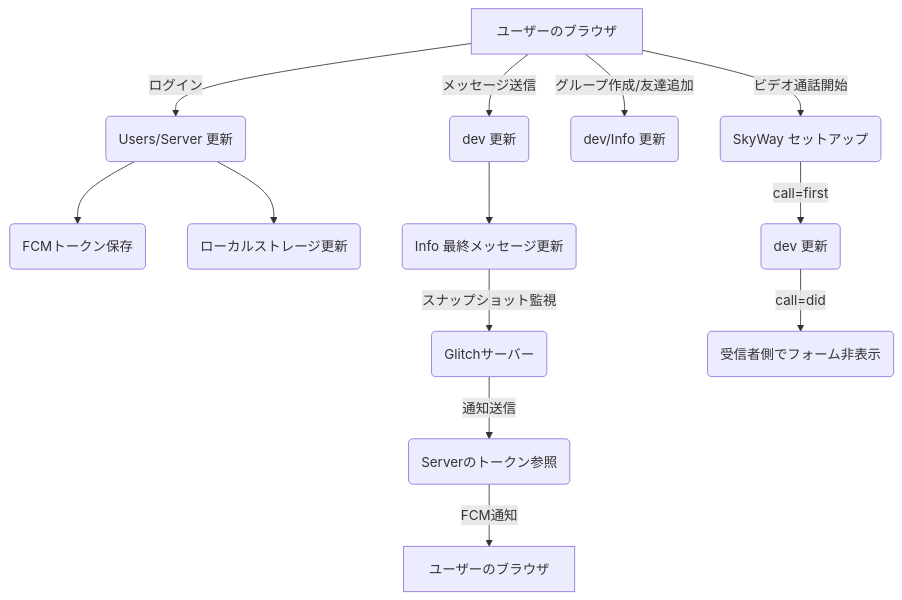
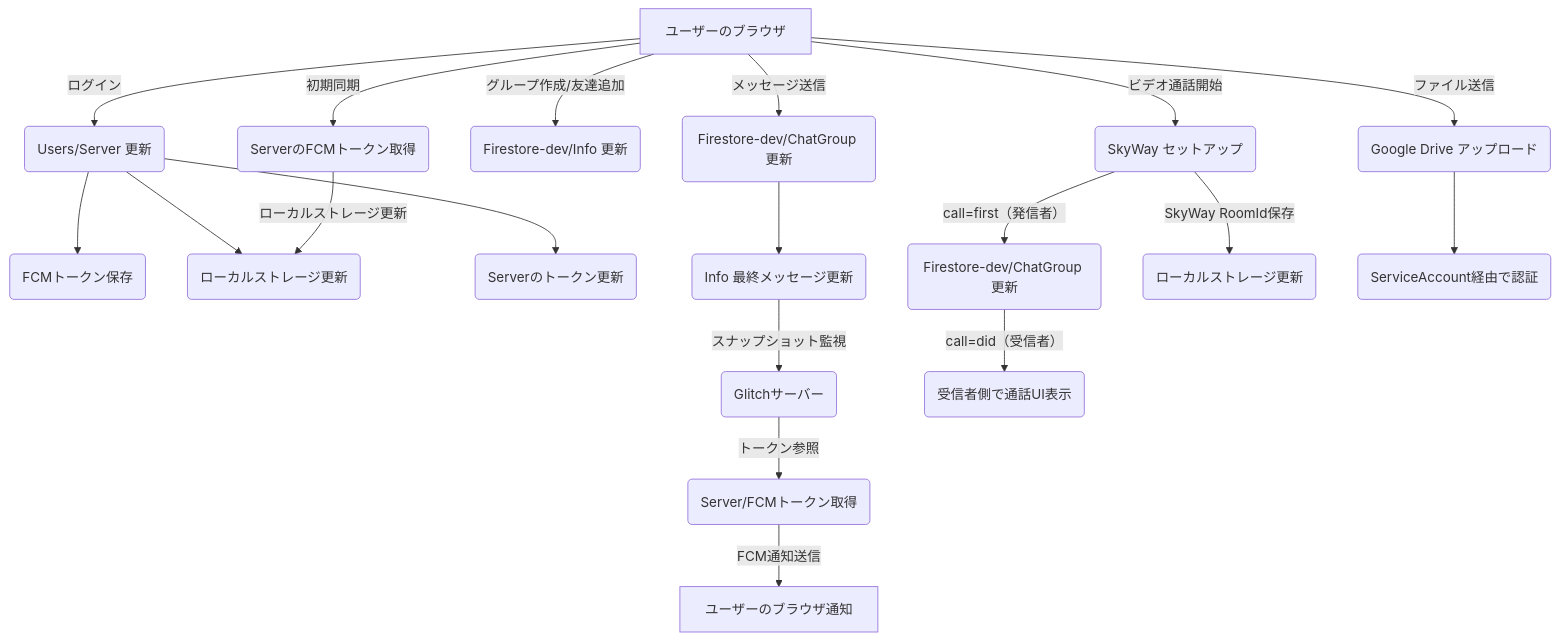
Before and after one commit to isd-glitch/Ventus-Talk: the second of 5 diagrams in README.md, drawn with Mermaid.

````diff
--- a/README.md
+++ b/README.md
@@ -93,19 +93,34 @@
 ```mermaid
 flowchart TD
+    %% ログイン処理
     A[ユーザーのブラウザ] -->|ログイン| B(Users/Server 更新)
     B --> C(FCMトークン保存)
     B --> D(ローカルストレージ更新)
+    B --> E(Serverのトークン更新)
     
-    A -->|メッセージ送信| E(dev 更新)
-    E --> F(Info 最終メッセージ更新)
+    %% メッセージ送信処理
+    A -->|メッセージ送信| F(Firestore-dev/ChatGroup 更新)
+    F --> G(Info 最終メッセージ更新)
     
-    A -->|グループ作成/友達追加| G(dev/Info 更新)
+    %% グループ作成・友達追加処理
+    A -->|グループ作成/友達追加| H(Firestore-dev/Info 更新)
     
-    F -->|スナップショット監視| H(Glitchサーバー)
-    H -->|通知送信| I(Serverのトークン参照)
-    I -->|FCM通知| J[ユーザーのブラウザ]
+    %% 通知処理
+    G -->|スナップショット監視| I(Glitchサーバー)
+    I -->|トークン参照| J(Server/FCMトークン取得)
+    J -->|FCM通知送信| K[ユーザーのブラウザ通知]
 
-    A -->|ビデオ通話開始| K(SkyWay セットアップ)
-    K -->|call=first| L(dev 更新)
-    L -->|call=did| M(受信者側でフォーム非表示)
+    %% ビデオ通話処理
+    A -->|ビデオ通話開始| L(SkyWay セットアップ)
+    L -->|call=first（発信者）| M(Firestore-dev/ChatGroup 更新)
+    M -->|call=did（受信者）| N(受信者側で通話UI表示)
+    L -->|SkyWay RoomId保存| O(ローカルストレージ更新)
+    
+    %% ファイル送信
+    A -->|ファイル送信| P(Google Drive アップロード)
+    P --> Q(ServiceAccount経由で認証)
+
+    %% 初期同期
+    A -->|初期同期| R(ServerのFCMトークン取得)
+    R -->|ローカルストレージ更新| D
 ```
````
